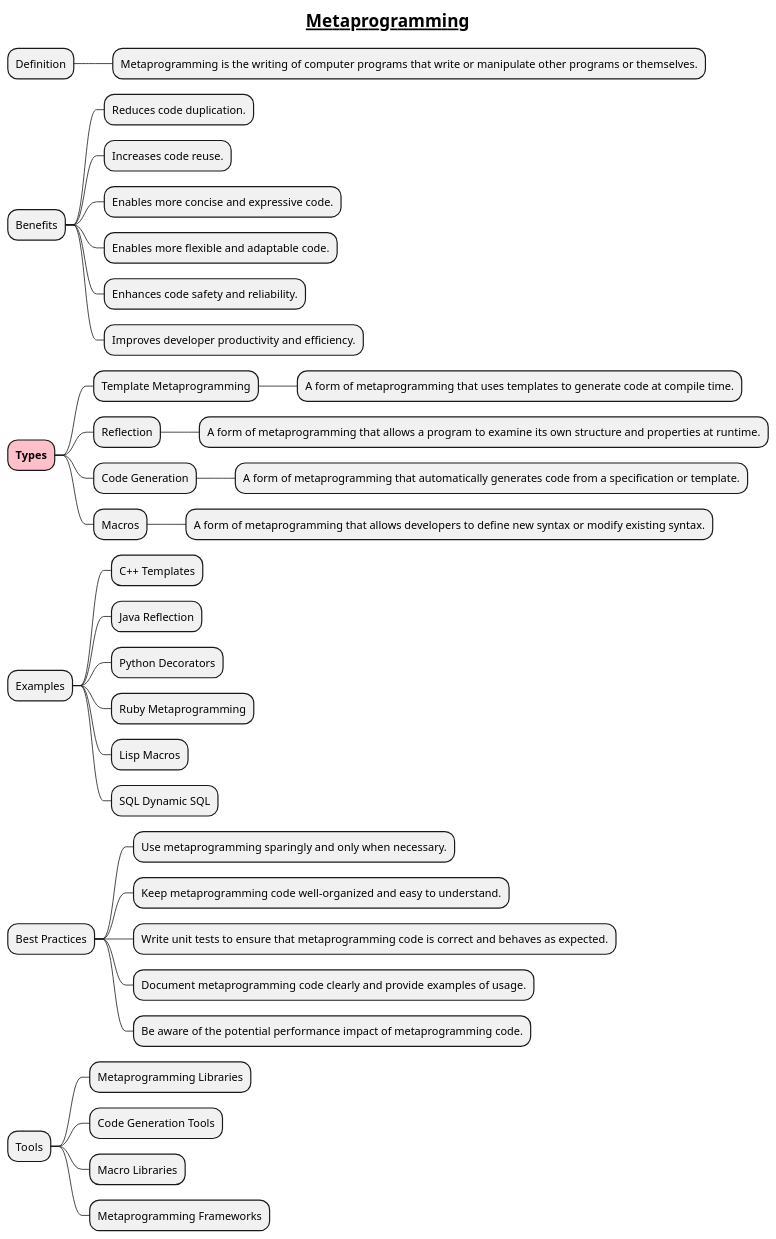
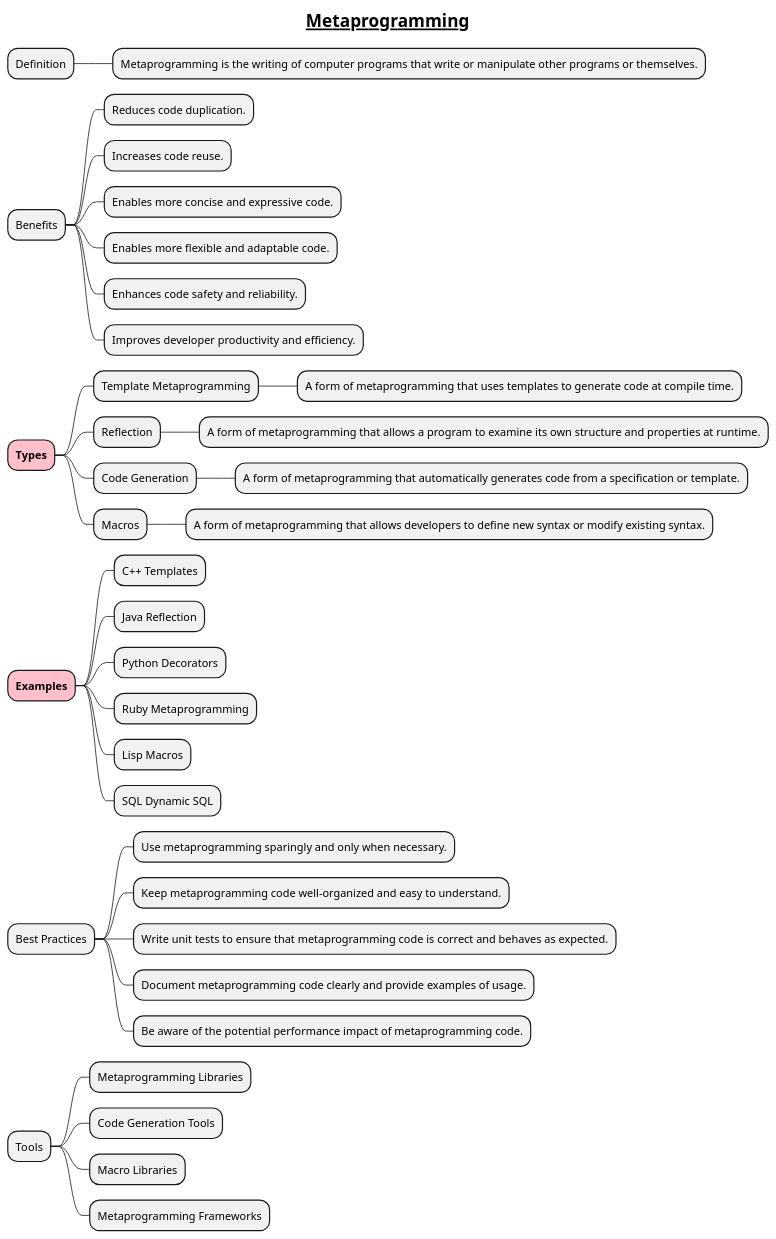
One commit to MehmoodHashmi/Documentation-as-Code-DaC changed the diagram in docs/programming-languages/Metaprogramming.puml. Above: the diagram before and after it, drawn with PlantUML. The commit also changed 12 other files, not shown here.

Commit message:
added new mindmaps

```diff
--- a/docs/programming-languages/Metaprogramming.puml
+++ b/docs/programming-languages/Metaprogramming.puml
@@ -1,42 +1,42 @@
 @startmindmap
 
 title =__Metaprogramming__
 
 * Definition
 ** Metaprogramming is the writing of computer programs that write or manipulate other programs or themselves.
 * Benefits
 ** Reduces code duplication.
 ** Increases code reuse.
 ** Enables more concise and expressive code.
 ** Enables more flexible and adaptable code.
 ** Enhances code safety and reliability.
 ** Improves developer productivity and efficiency.
 *[#pink] **Types**
 ** Template Metaprogramming
 *** A form of metaprogramming that uses templates to generate code at compile time.
 ** Reflection
 *** A form of metaprogramming that allows a program to examine its own structure and properties at runtime.
 ** Code Generation
 *** A form of metaprogramming that automatically generates code from a specification or template.
 ** Macros
 *** A form of metaprogramming that allows developers to define new syntax or modify existing syntax.
-* Examples
+*[#pink] **Examples**
 ** C++ Templates
 ** Java Reflection
 ** Python Decorators
 ** Ruby Metaprogramming
 ** Lisp Macros
 ** SQL Dynamic SQL
 * Best Practices
 ** Use metaprogramming sparingly and only when necessary.
 ** Keep metaprogramming code well-organized and easy to understand.
 ** Write unit tests to ensure that metaprogramming code is correct and behaves as expected.
 ** Document metaprogramming code clearly and provide examples of usage.
 ** Be aware of the potential performance impact of metaprogramming code.
 * Tools
 ** Metaprogramming Libraries
 ** Code Generation Tools
 ** Macro Libraries
 ** Metaprogramming Frameworks
 
 @endmindmap
```
